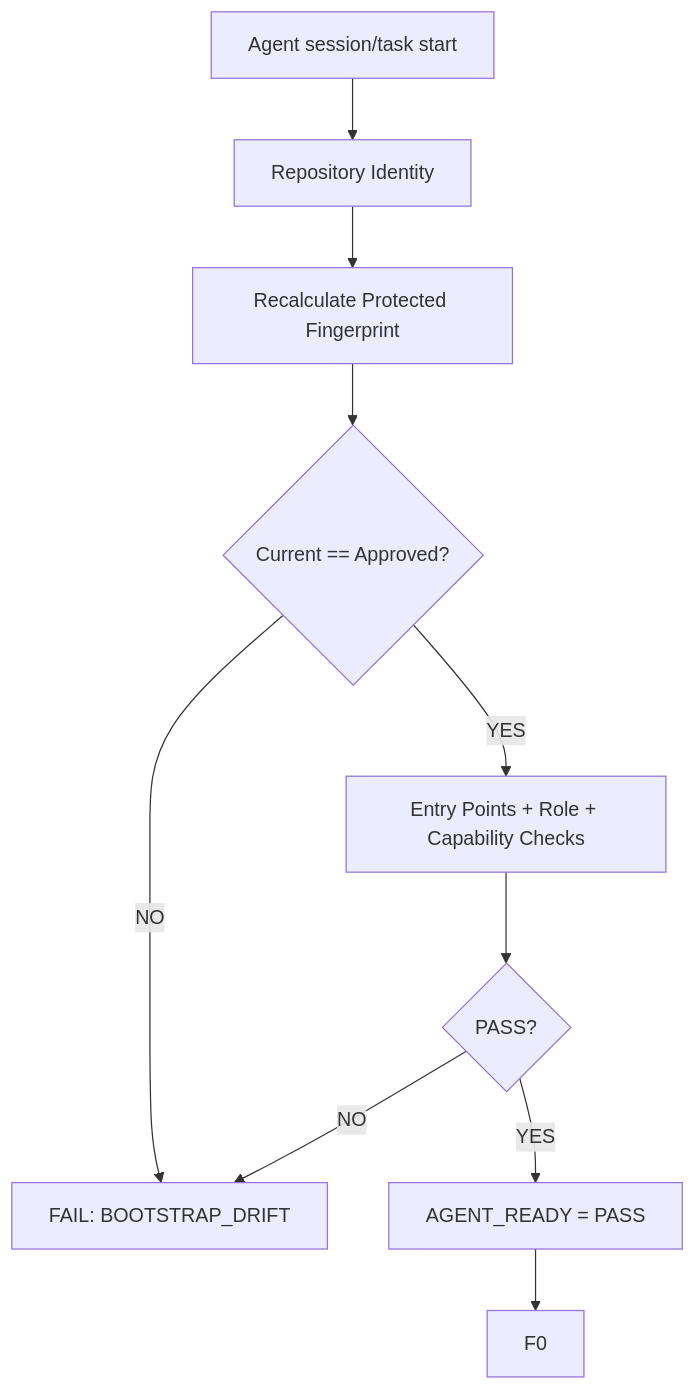
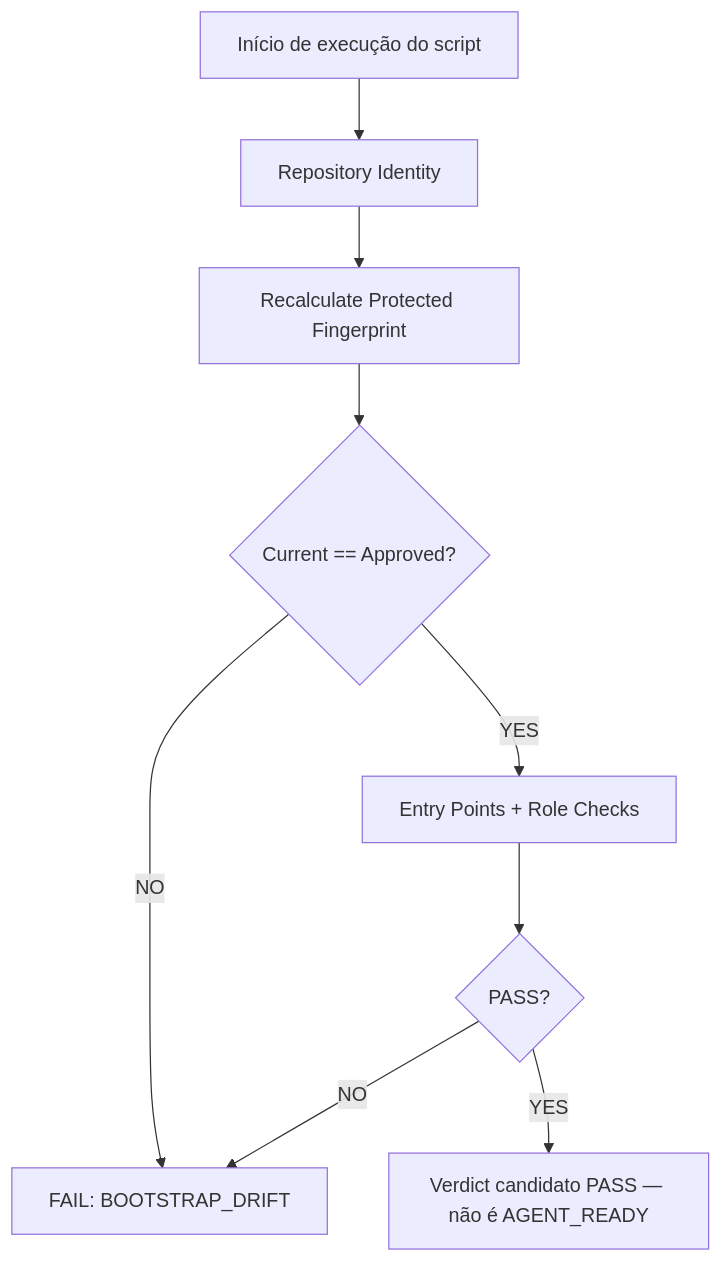
Before and after one commit to cepraea/beach-pro: the fourth of 7 diagrams in test/scripts/bootstrap/README.md, drawn with Mermaid. The commit also changed other lines of this file and 10 other files, not shown here.

````diff
--- a/test/scripts/bootstrap/README.md
+++ b/test/scripts/bootstrap/README.md
@@ -1104,12 +1145,11 @@
 ```mermaid
 flowchart TD
-    S["Agent session/task start"] --> I["Repository Identity"]
+    S["Início de execução do script"] --> I["Repository Identity"]
     I --> F["Recalculate Protected Fingerprint"]
     F --> C{"Current == Approved?"}
     C -- "NO" --> X["FAIL: BOOTSTRAP_DRIFT"]
-    C -- "YES" --> E["Entry Points + Role + Capability Checks"]
+    C -- "YES" --> E["Entry Points + Role Checks"]
     E --> G{"PASS?"}
     G -- "NO" --> X
-    G -- "YES" --> A["AGENT_READY = PASS"]
-    A --> F0["F0"]
+    G -- "YES" --> R["Verdict candidato PASS — não é AGENT_READY"]
 ```
````
